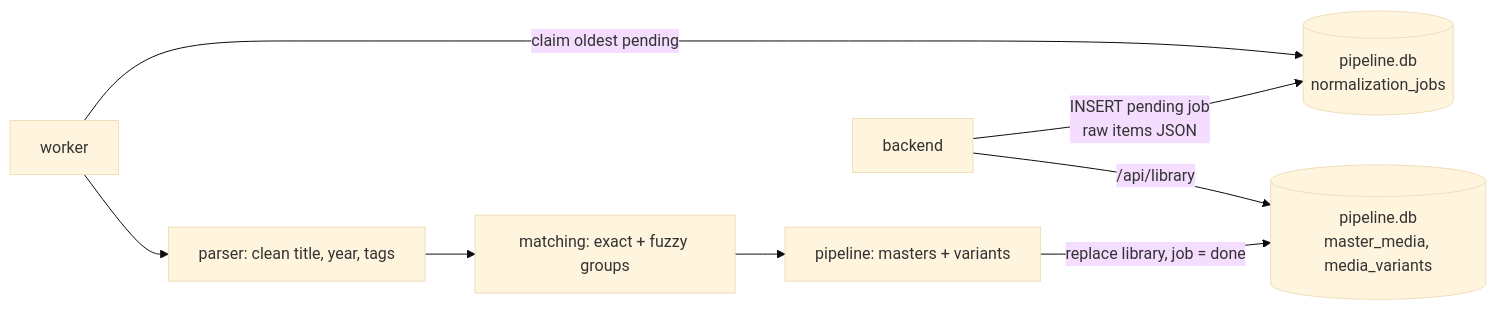
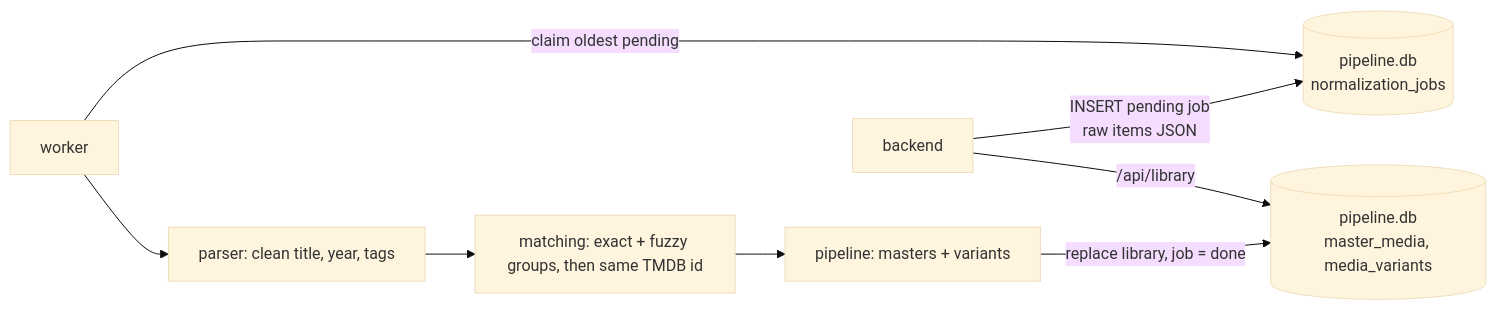
One commit to brunoccst/iptv-player changed the diagram in services/title-normalizer/README.md. Above: the diagram before and after it, drawn with Mermaid (base theme). The commit also changed 22 other files, not shown here.

````diff
--- a/services/title-normalizer/README.md
+++ b/services/title-normalizer/README.md
@@ -5,10 +5,10 @@
 ```mermaid
 flowchart LR
   API[backend] -->|INSERT pending job<br/>raw items JSON| Q[(pipeline.db<br/>normalization_jobs)]
   W[worker] -->|claim oldest pending| Q
   W --> P[parser: clean title, year, tags]
-  P --> M[matching: exact + fuzzy groups]
+  P --> M[matching: exact + fuzzy groups, then same TMDB id]
   M --> B[pipeline: masters + variants]
   B -->|replace library, job = done| DB[(pipeline.db<br/>master_media, media_variants)]
   API -->|/api/library| DB
 ```
````
